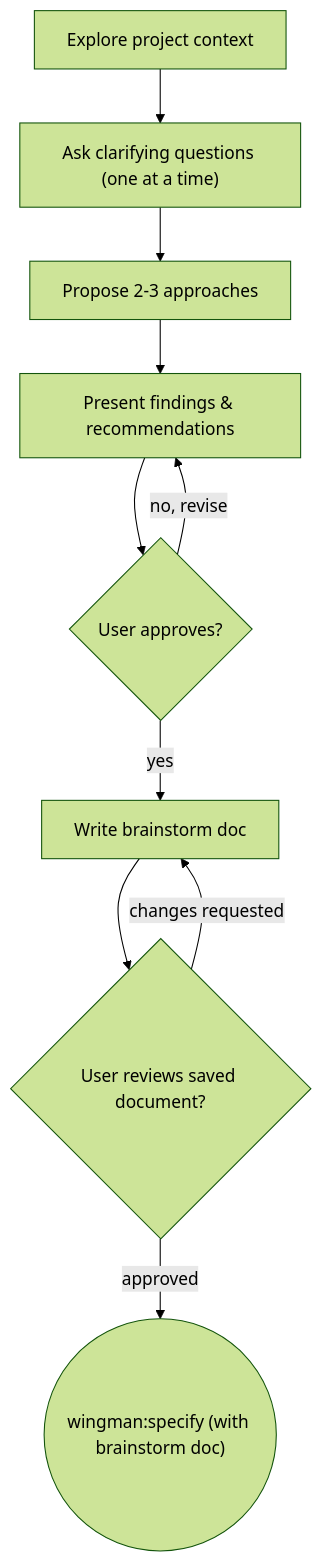
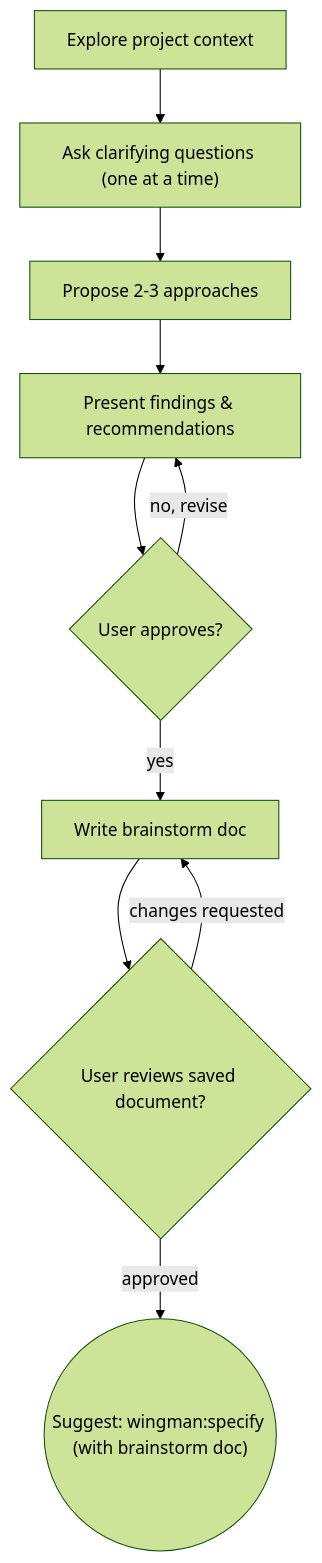
Before and after one commit to ismaelJimenez/feature: the diagram in skills/brainstorm/SKILL.md, drawn with Mermaid (forest theme). The commit also changed other lines of this file, not shown here.

Commit message:
brainstorm suggests not enforce

````diff
--- a/skills/brainstorm/SKILL.md
+++ b/skills/brainstorm/SKILL.md
@@ -30,12 +30,12 @@
 ```mermaid
 flowchart TD
     A["Explore project context"] --> H["Ask clarifying questions (one at a time)"]
     H --> G["Propose 2-3 approaches"]
     G --> I["Present findings & recommendations"]
     I --> J{"User approves?"}
     J -- "no, revise" --> I
     J -- "yes" --> K["Write brainstorm doc"]
     K --> M{"User reviews saved document?"}
     M -- "changes requested" --> K
-    M -- "approved" --> N(("wingman:specify (with brainstorm doc)"))
+    M -- "approved" --> N(("Suggest: wingman:specify (with brainstorm doc)"))
 ```
````
